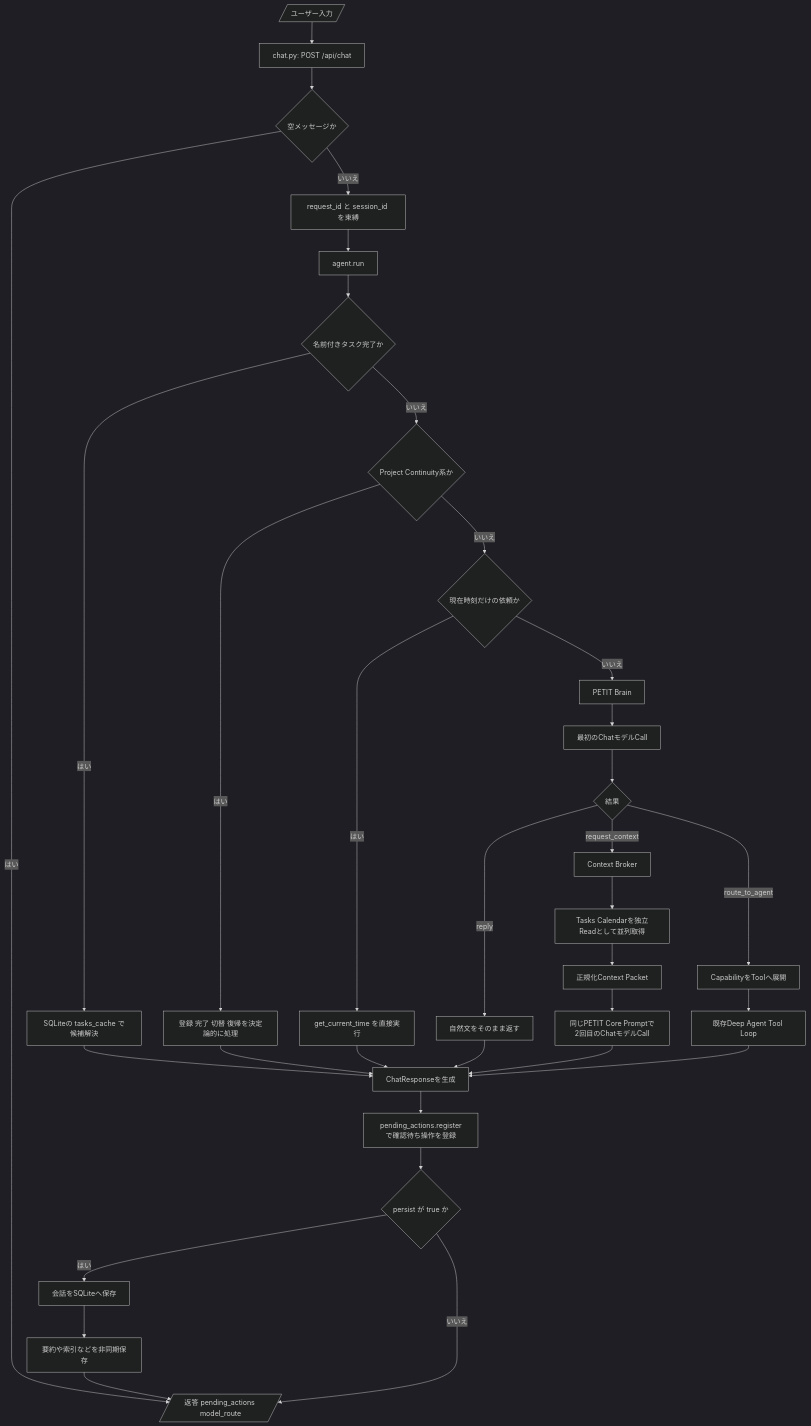
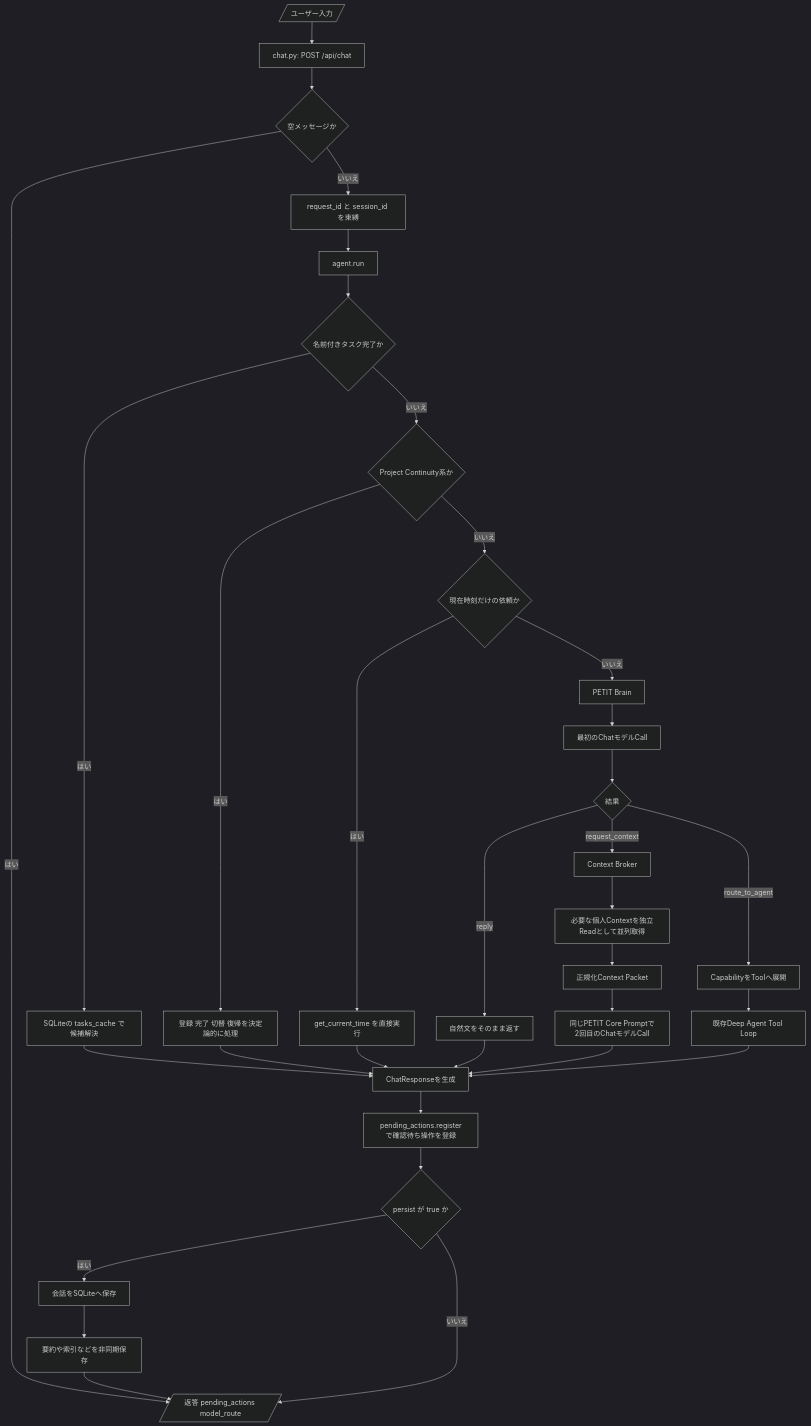
The first of 15 diagrams in docs/runtime-flows.md (Soso2e/PETIT), drawn with Mermaid (dark theme) before and after one commit. The commit also changed other lines of this file and 17 other files, not shown here.

````diff
--- a/docs/runtime-flows.md
+++ b/docs/runtime-flows.md
@@ -31,50 +32,50 @@
 ```mermaid
 flowchart TD
     input[/ユーザー入力/]
     api[chat.py: POST /api/chat]
     validate{空メッセージか}
     bind[request_id と session_id を束縛]
     agentEntry[agent.run]
 
     namedTask{名前付きタスク完了か}
     namedTaskRoute[SQLiteの tasks_cache で候補解決]
     projectRoute{Project Continuity系か}
     projectHandle[登録 完了 切替 復帰を決定論的に処理]
     exactTime{現在時刻だけの依頼か}
     timeTool[get_current_time を直接実行]
 
     brain[PETIT Brain]
     selector[最初のChatモデルCall]
     route{結果}
     directReply[自然文をそのまま返す]
     context[Context Broker]
-    parallel[Tasks Calendarを独立Readとして並列取得]
+    parallel[必要な個人Contextを独立Readとして並列取得]
     packet[正規化Context Packet]
     second[同じPETIT Core Promptで2回目のChatモデルCall]
     capability[CapabilityをToolへ展開]
     agentLoop[既存Deep Agent Tool Loop]
 
     response[ChatResponseを生成]
     pending[pending_actions.registerで確認待ち操作を登録]
     persist{persist が true か}
     save[会話をSQLiteへ保存]
     artifacts[要約や索引などを非同期保存]
     output[/返答 pending_actions model_route/]
 
     input --> api --> validate
     validate -->|はい| output
     validate -->|いいえ| bind --> agentEntry
     agentEntry --> namedTask
     namedTask -->|はい| namedTaskRoute --> response
     namedTask -->|いいえ| projectRoute
     projectRoute -->|はい| projectHandle --> response
     projectRoute -->|いいえ| exactTime
     exactTime -->|はい| timeTool --> response
     exactTime -->|いいえ| brain --> selector --> route
     route -->|reply| directReply --> response
     route -->|request_context| context --> parallel --> packet --> second --> response
     route -->|route_to_agent| capability --> agentLoop --> response
     response --> pending --> persist
     persist -->|はい| save --> artifacts --> output
     persist -->|いいえ| output
 ```
````
